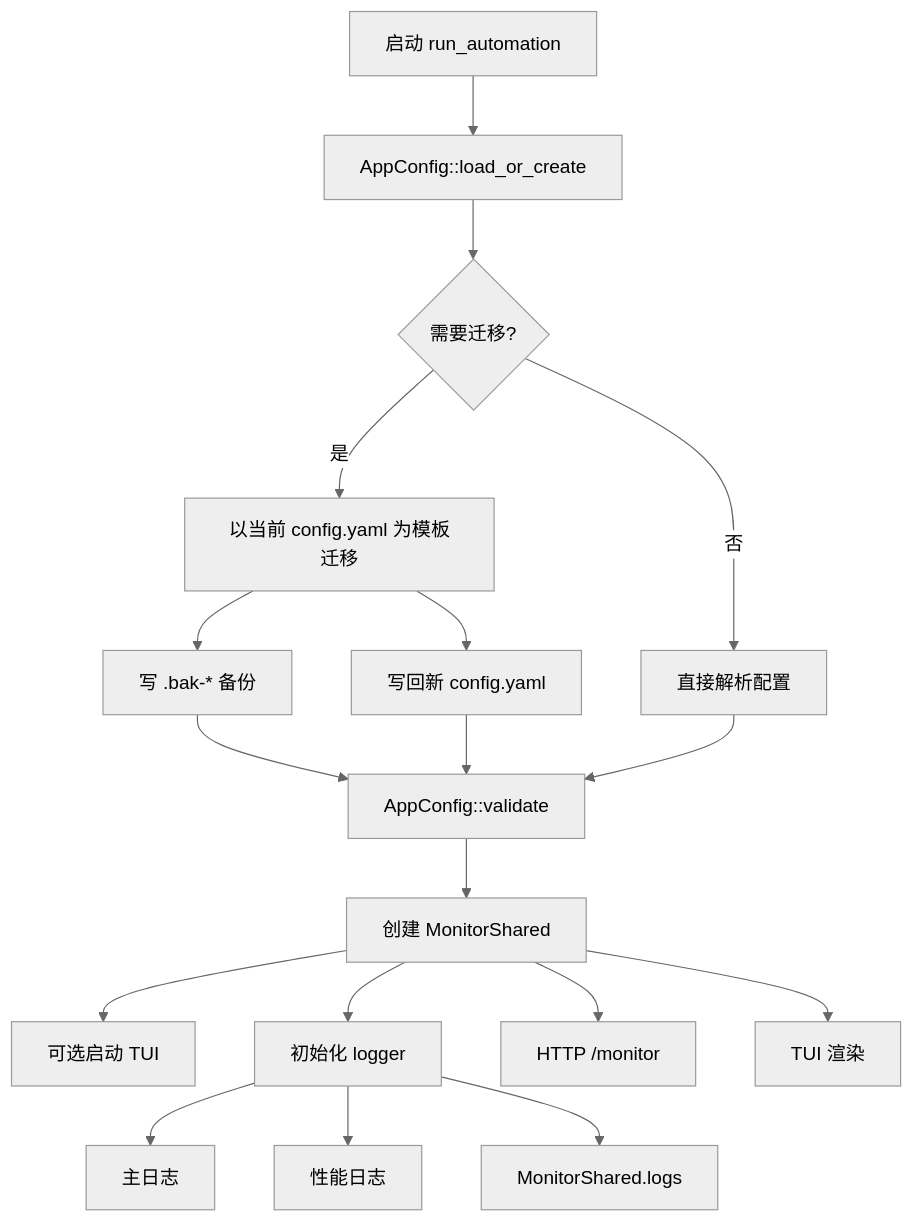
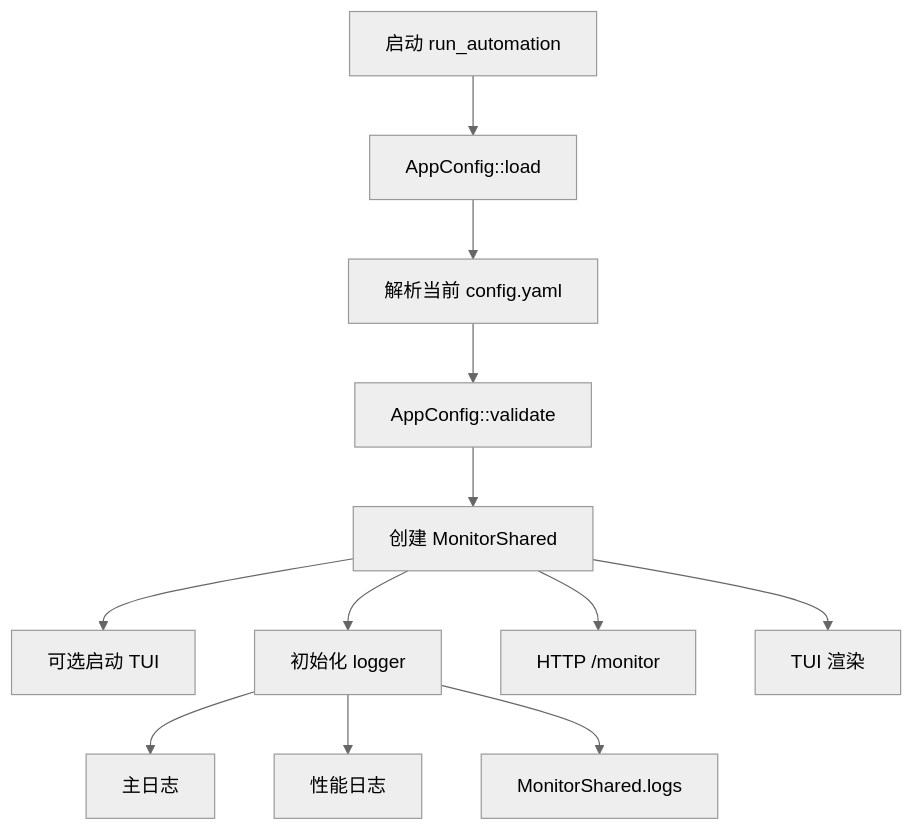
The diagram in docs/config-observability-flow.md (XingNian-www/Miliastra-Wonderland-Music), drawn with Mermaid (neutral theme) before and after one commit. The commit also changed other lines of this file and 20 other files, not shown here.

````diff
--- a/docs/config-observability-flow.md
+++ b/docs/config-observability-flow.md
@@ -17,20 +17,14 @@
 ```mermaid
 flowchart TD
-    A["启动 run_automation"] --> B["AppConfig::load_or_create"]
-    B --> C{"需要迁移?"}
-    C -->|是| D["以当前 config.yaml 为模板迁移"]
-    D --> E["写 .bak-* 备份"]
-    D --> F["写回新 config.yaml"]
-    C -->|否| G["直接解析配置"]
-    E --> H["AppConfig::validate"]
-    F --> H
-    G --> H
-    H --> I["创建 MonitorShared"]
-    I --> J["可选启动 TUI"]
-    I --> K["初始化 logger"]
-    K --> L["主日志"]
-    K --> M["性能日志"]
-    K --> N["MonitorShared.logs"]
-    I --> O["HTTP /monitor"]
-    I --> P["TUI 渲染"]
+    A["启动 run_automation"] --> B["AppConfig::load"]
+    B --> C["解析当前 config.yaml"]
+    C --> D["AppConfig::validate"]
+    D --> E["创建 MonitorShared"]
+    E --> F["可选启动 TUI"]
+    E --> G["初始化 logger"]
+    G --> H["主日志"]
+    G --> I["性能日志"]
+    G --> J["MonitorShared.logs"]
+    E --> K["HTTP /monitor"]
+    E --> L["TUI 渲染"]
 ```
````
